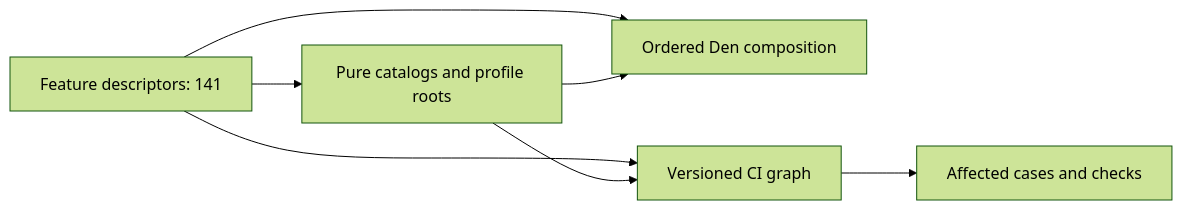
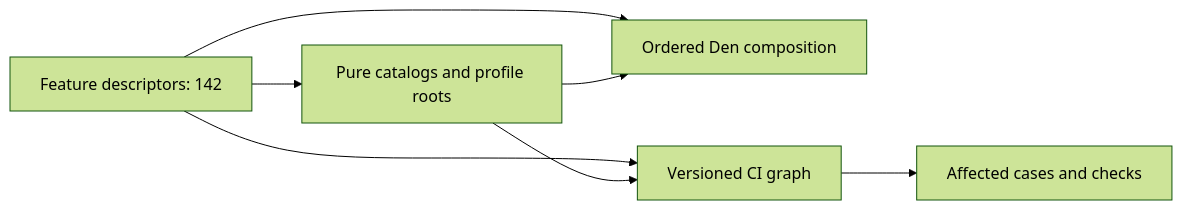
Before and after one commit to closure-labs/foundation: the diagram in docs/ARCHITECTURE.md, drawn with Mermaid (forest theme). The commit also changed 29 other files, not shown here.

````diff
--- a/docs/ARCHITECTURE.md
+++ b/docs/ARCHITECTURE.md
@@ -4,9 +4,9 @@
 ```mermaid
 flowchart LR
-  F["Feature descriptors: 141"] --> C["Pure catalogs and profile roots"]
+  F["Feature descriptors: 142"] --> C["Pure catalogs and profile roots"]
   F --> D["Ordered Den composition"]
   F --> G["Versioned CI graph"]
   C --> D
   C --> G
   G --> CI["Affected cases and checks"]
 ```
````
